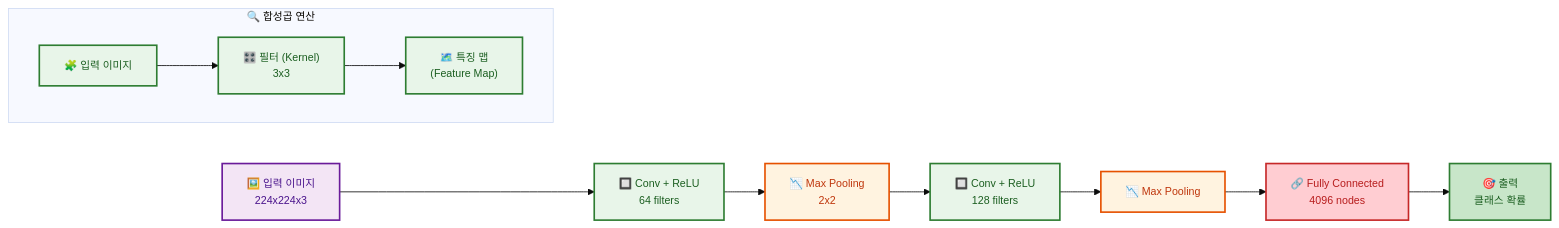
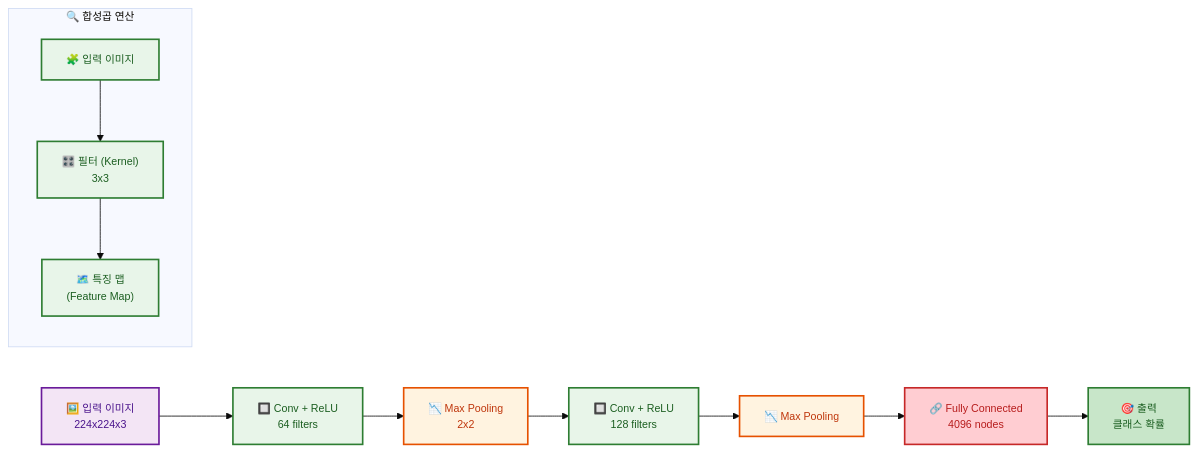
Before and after one commit to jingu279/Document: the tenth of 18 diagrams in ai-programming/README.md, drawn with Mermaid. The commit also changed other lines of this file, not shown here.

First line of the commit message:
Fix all 18 README Mermaid figures: remove redundant direction, edges inside subgraphs

````diff
--- a/ai-programming/README.md
+++ b/ai-programming/README.md
@@ -387,34 +386,33 @@
 ```mermaid
 %%{init: {'theme': 'base', 'themeVariables': {'fontSize': '13px'}}}%%
 flowchart LR
   Input["🖼️ 입력 이미지<br/>224x224x3"]
   Conv1["🔲 Conv + ReLU<br/>64 filters"]
   Pool1["📉 Max Pooling<br/>2x2"]
   Conv2["🔲 Conv + ReLU<br/>128 filters"]
   Pool2["📉 Max Pooling"]
   FC["🔗 Fully Connected<br/>4096 nodes"]
   Output["🎯 출력<br/>클래스 확률"]
 
   Input --> Conv1 --> Pool1 --> Conv2 --> Pool2 --> FC --> Output
 
   subgraph Kernel[🔍 합성곱 연산]
-    direction LR
     K["🧩 입력 이미지"]
     Filter["🎛️ 필터 (Kernel)<br/>3x3"]
     Result["🗺️ 특징 맵<br/>(Feature Map)"]
+  K --> Filter --> Result
   end
 
-  K --> Filter --> Result
 
   classDef input fill:#f3e5f5,stroke:#6a1b9a,stroke-width:2px,color:#4a148c
   classDef conv fill:#e8f5e9,stroke:#2e7d32,stroke-width:2px,color:#1b5e20
   classDef pool fill:#fff3e0,stroke:#e65100,stroke-width:2px,color:#bf360c
   classDef fc fill:#ffcdd2,stroke:#c62828,stroke-width:2px,color:#b71c1c
   classDef out fill:#c8e6c9,stroke:#2e7d32,stroke-width:2px,color:#1b5e20
   class Input input
   class Conv1,Conv2 conv
   class Pool1,Pool2 pool
   class FC fc
   class Output out
   class K,Filter,Result conv
 ```
````
